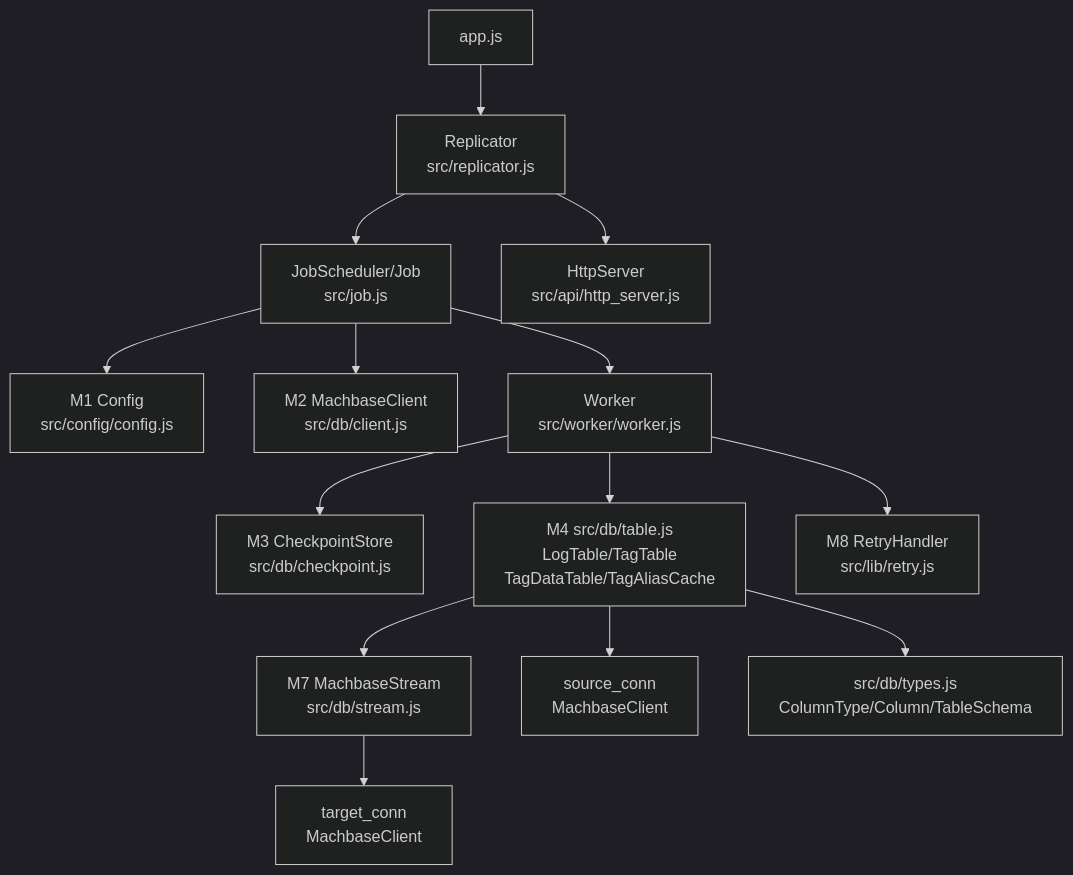
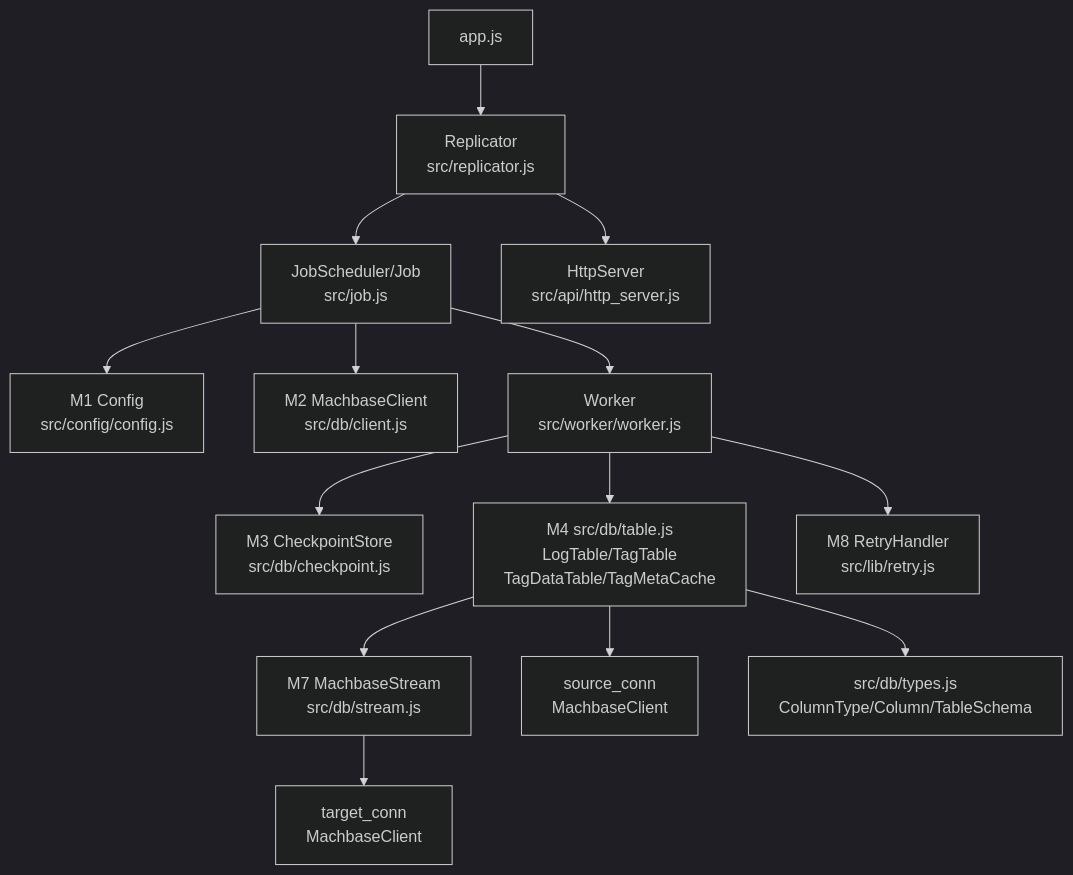
The first of 4 diagrams in docs/PROJECT.md (machbase/neo-pkg-replication), drawn with Mermaid (dark theme) before and after one commit. The commit also changed other lines of this file and 20 other files, not shown here.

````diff
--- a/docs/PROJECT.md
+++ b/docs/PROJECT.md
@@ -883,20 +919,20 @@
 ```mermaid
 graph TD
     app["app.js"] --> R["Replicator\nsrc/replicator.js"]
     R --> JS["JobScheduler/Job\nsrc/job.js"]
     R --> HS["HttpServer\nsrc/api/http_server.js"]
 
     JS --> CL["M1 Config\nsrc/config/config.js"]
     JS --> MC["M2 MachbaseClient\nsrc/db/client.js"]
     JS --> W["Worker\nsrc/worker/worker.js"]
 
     W --> CP["M3 CheckpointStore\nsrc/db/checkpoint.js"]
-    W --> TBL["M4 src/db/table.js\nLogTable/TagTable\nTagDataTable/TagAliasCache"]
+    W --> TBL["M4 src/db/table.js\nLogTable/TagTable\nTagDataTable/TagMetaCache"]
     W --> RH["M8 RetryHandler\nsrc/lib/retry.js"]
 
     TBL --> ST["M7 MachbaseStream\nsrc/db/stream.js"]
     TBL --> src_conn["source_conn\nMachbaseClient"]
     ST --> tgt_conn["target_conn\nMachbaseClient"]
 
     TBL --> TY["src/db/types.js\nColumnType/Column/TableSchema"]
 ```
````
